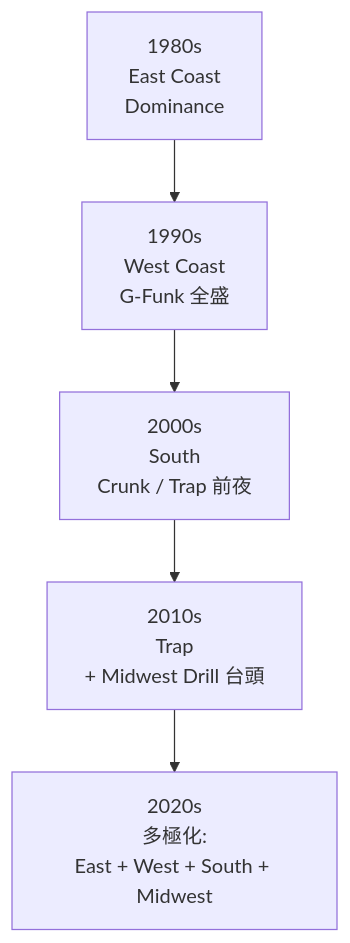
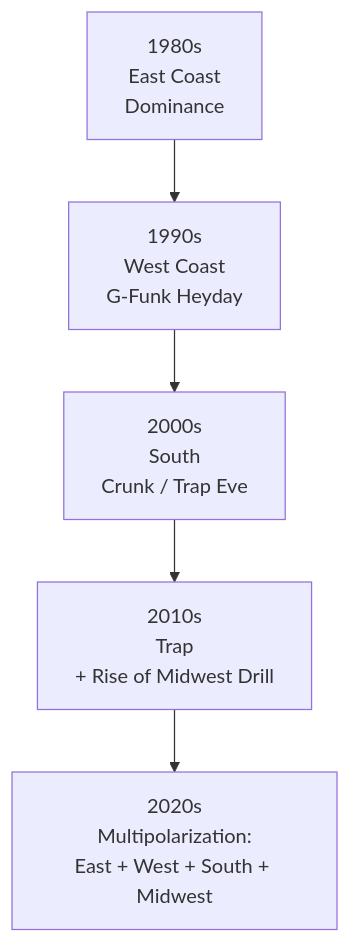
Before and after one commit to monumental-movement/monumental-movement.github.io: the second of 2 diagrams in en/_posts/2025-09-15-Column-Hiphop-History.md, drawn with Mermaid. The commit also changed other lines of this file and 152 other files, not shown here.

```diff
--- a/en/_posts/2025-09-15-Column-Hiphop-History.md
+++ b/en/_posts/2025-09-15-Column-Hiphop-History.md
@@ -275,13 +275,13 @@
 <div class="mermaid">
 
 flowchart TB
         E["1980s<br/>East Coast<br/>Dominance"]
-        W["1990s<br/>West Coast<br/>G-Funk 全盛"]
-        S["2000s<br/>South<br/>Crunk / Trap 前夜"]
-        M["2010s<br/>Trap<br/>+ Midwest Drill 台頭"]
-        P["2020s<br/>多極化:<br/>East + West + South + Midwest"]
+        W["1990s<br/>West Coast<br/>G-Funk Heyday"]
+        S["2000s<br/>South<br/>Crunk / Trap Eve"]
+        M["2010s<br/>Trap<br/>+ Rise of Midwest Drill"]
+        P["2020s<br/>Multipolarization:<br/>East + West + South + Midwest"]
 
     E --> W --> S --> M --> P
 
 
 </div>
```
